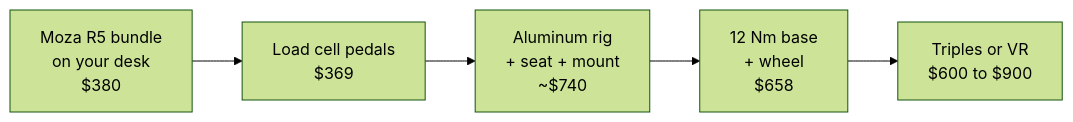
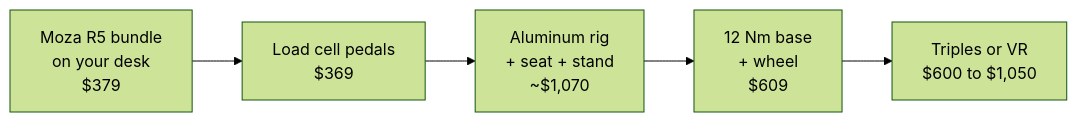
The diagram in docs/builds/index.md (johnjp15/sim-racing-guide), drawn with Mermaid (forest theme) before and after one commit. The commit also changed other lines of this file and 36 other files, not shown here.

````diff
--- a/docs/builds/index.md
+++ b/docs/builds/index.md
@@ -49,7 +54,7 @@
 ```mermaid
 flowchart LR
-    A[Moza R5 bundle<br>on your desk<br>$380] --> B[Load cell pedals<br>$369]
-    B --> C[Aluminum rig<br>+ seat + mount<br>~$740]
-    C --> D[12 Nm base<br>+ wheel<br>$658]
-    D --> E[Triples or VR<br>$600 to $900]
+    A[Moza R5 bundle<br>on your desk<br>$379] --> B[Load cell pedals<br>$369]
+    B --> C[Aluminum rig<br>+ seat + stand<br>~$1,070]
+    C --> D[12 Nm base<br>+ wheel<br>$609]
+    D --> E[Triples or VR<br>$600 to $1,050]
 ```
````
